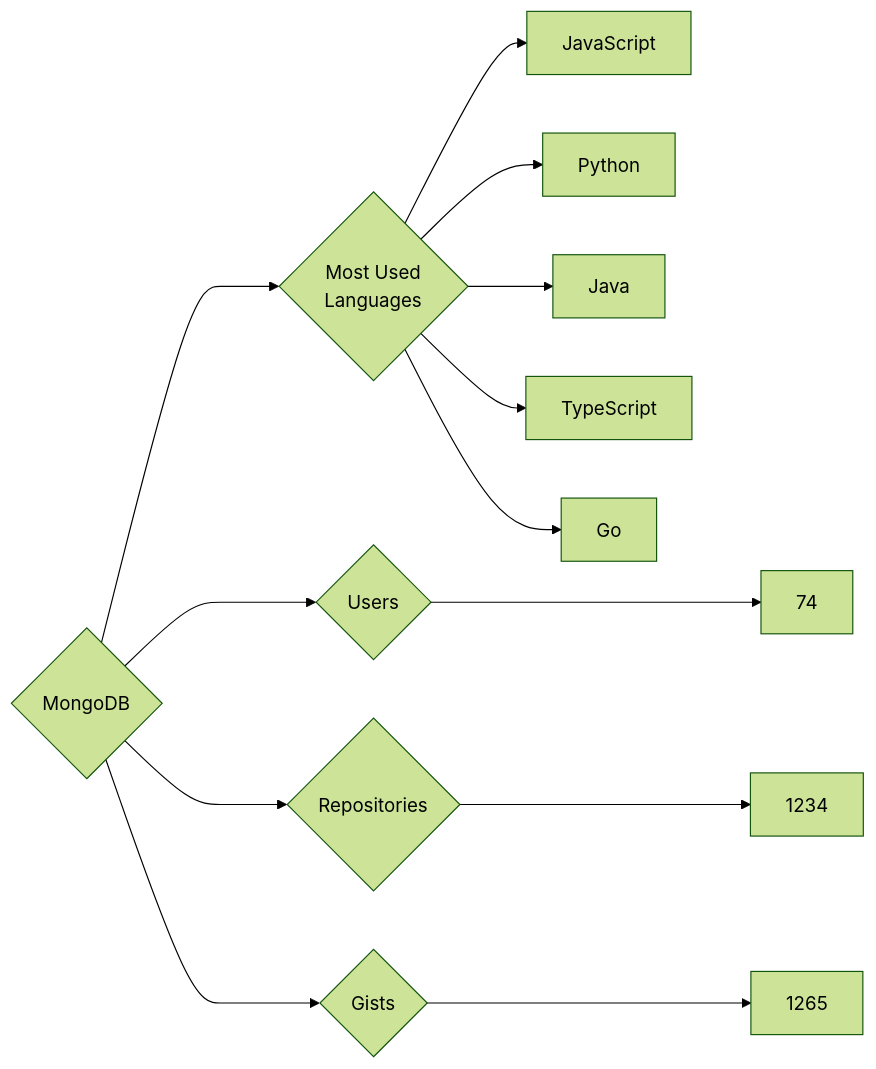
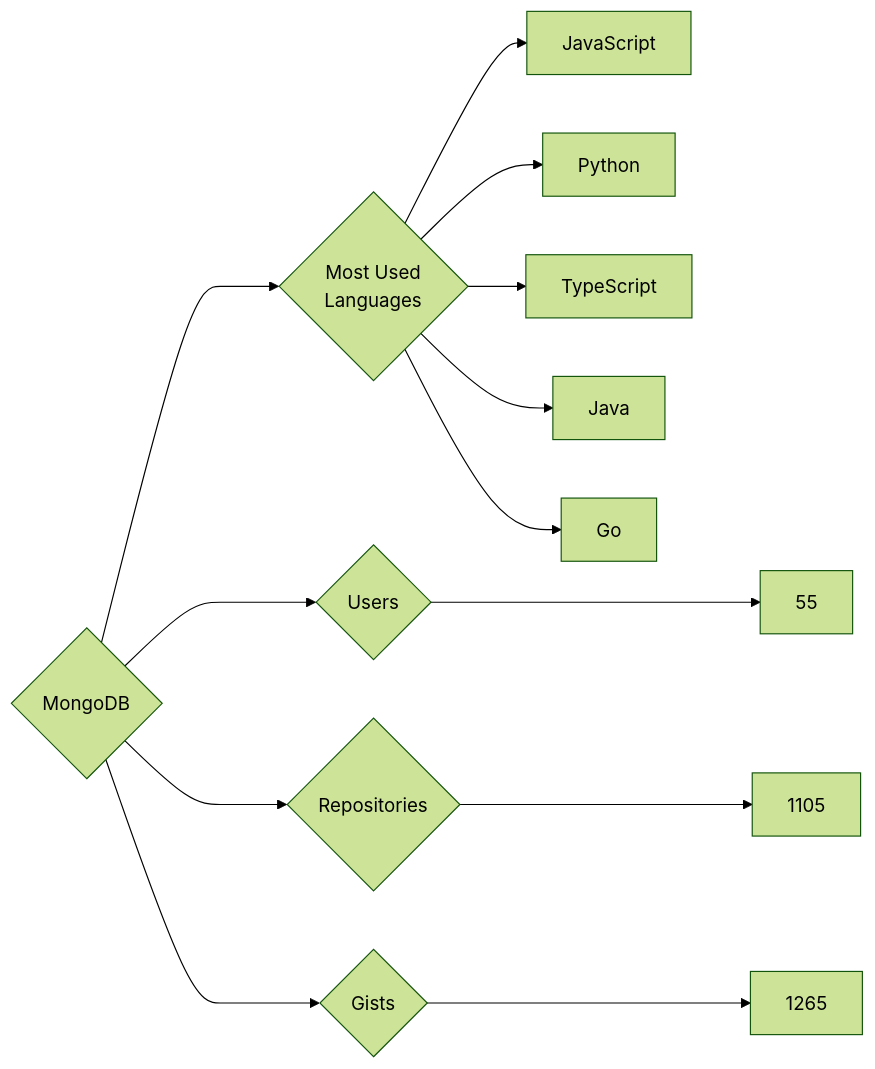
One commit to trickest/insiders changed the diagram in targets/MongoDB/README.md. Above: the diagram before and after it, drawn with Mermaid (forest theme). The commit also changed 765 other files, not shown here.

````diff
--- a/targets/MongoDB/README.md
+++ b/targets/MongoDB/README.md
@@ -3,13 +3,13 @@
 ```mermaid
 graph LR
 COMPANY_NAME{MongoDB}
-COMPANY_NAME ---> U{Users} ---> UN[74]
-COMPANY_NAME ---> R{Repositories} ---> RN[1234]
+COMPANY_NAME ---> U{Users} ---> UN[55]
+COMPANY_NAME ---> R{Repositories} ---> RN[1105]
 COMPANY_NAME ---> G{Gists} ---> GN[1265]
 COMPANY_NAME ---> ML{Most Used<br>Languages}
 ML --> JavaScript[JavaScript]
 ML --> Python[Python]
+ML --> TypeScript[TypeScript]
 ML --> Java[Java]
-ML --> TypeScript[TypeScript]
 ML --> Go[Go]
 ```
````
